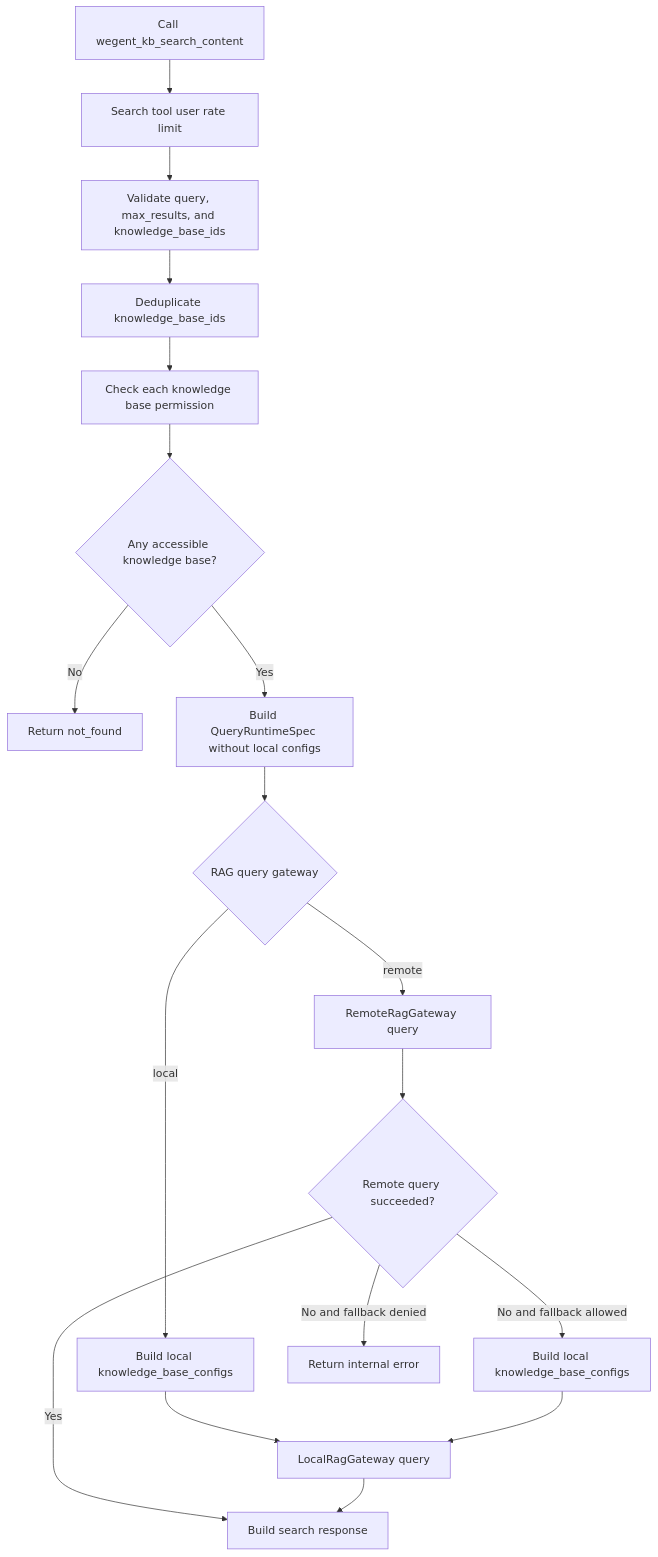
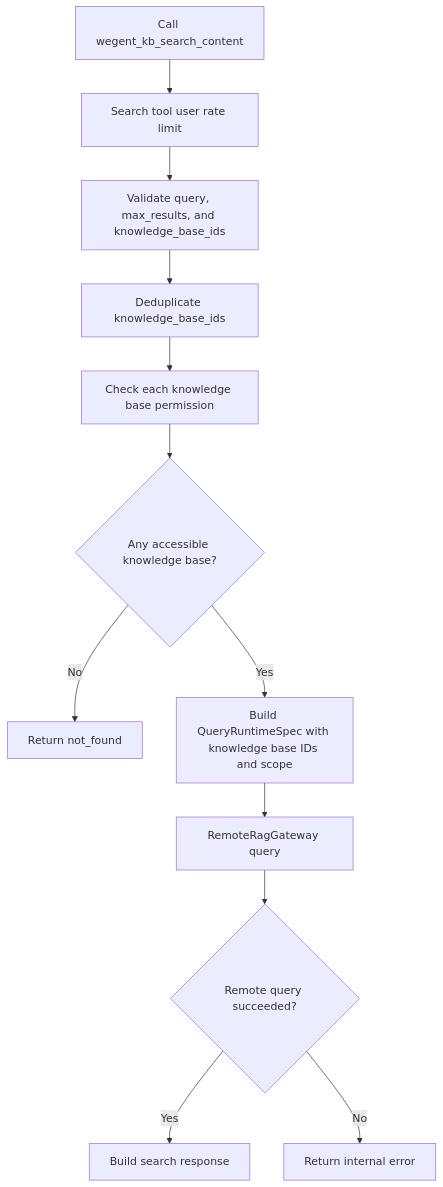
The third of 3 diagrams in docs/wegent/developer-guide/external-knowledge-mcp.md (wecode-ai/wegent-docs), drawn with Mermaid before and after one commit. The commit also changed other lines of this file and 9 other files, not shown here.

````diff
--- a/docs/wegent/developer-guide/external-knowledge-mcp.md
+++ b/docs/wegent/developer-guide/external-knowledge-mcp.md
@@ -269,20 +270,14 @@
 ```mermaid
 flowchart TD
     start[Call wegent_kb_search_content] --> rate[Search tool user rate limit]
     rate --> validate[Validate query, max_results, and knowledge_base_ids]
     validate --> dedupe[Deduplicate knowledge_base_ids]
     dedupe --> access[Check each knowledge base permission]
     access --> found{Any accessible knowledge base?}
     found -->|No| not_found[Return not_found]
-    found -->|Yes| spec[Build QueryRuntimeSpec without local configs]
-    spec --> gateway{RAG query gateway}
-    gateway -->|local| build_local[Build local knowledge_base_configs]
-    build_local --> local_query[LocalRagGateway query]
-    gateway -->|remote| remote_query[RemoteRagGateway query]
+    found -->|Yes| spec[Build QueryRuntimeSpec with knowledge base IDs and scope]
+    spec --> remote_query[RemoteRagGateway query]
     remote_query --> ok{Remote query succeeded?}
     ok -->|Yes| response[Build search response]
-    ok -->|No and fallback allowed| build_fallback[Build local knowledge_base_configs]
-    build_fallback --> local_query
-    ok -->|No and fallback denied| error[Return internal error]
-    local_query --> response
+    ok -->|No| error[Return internal error]
 ```
````
